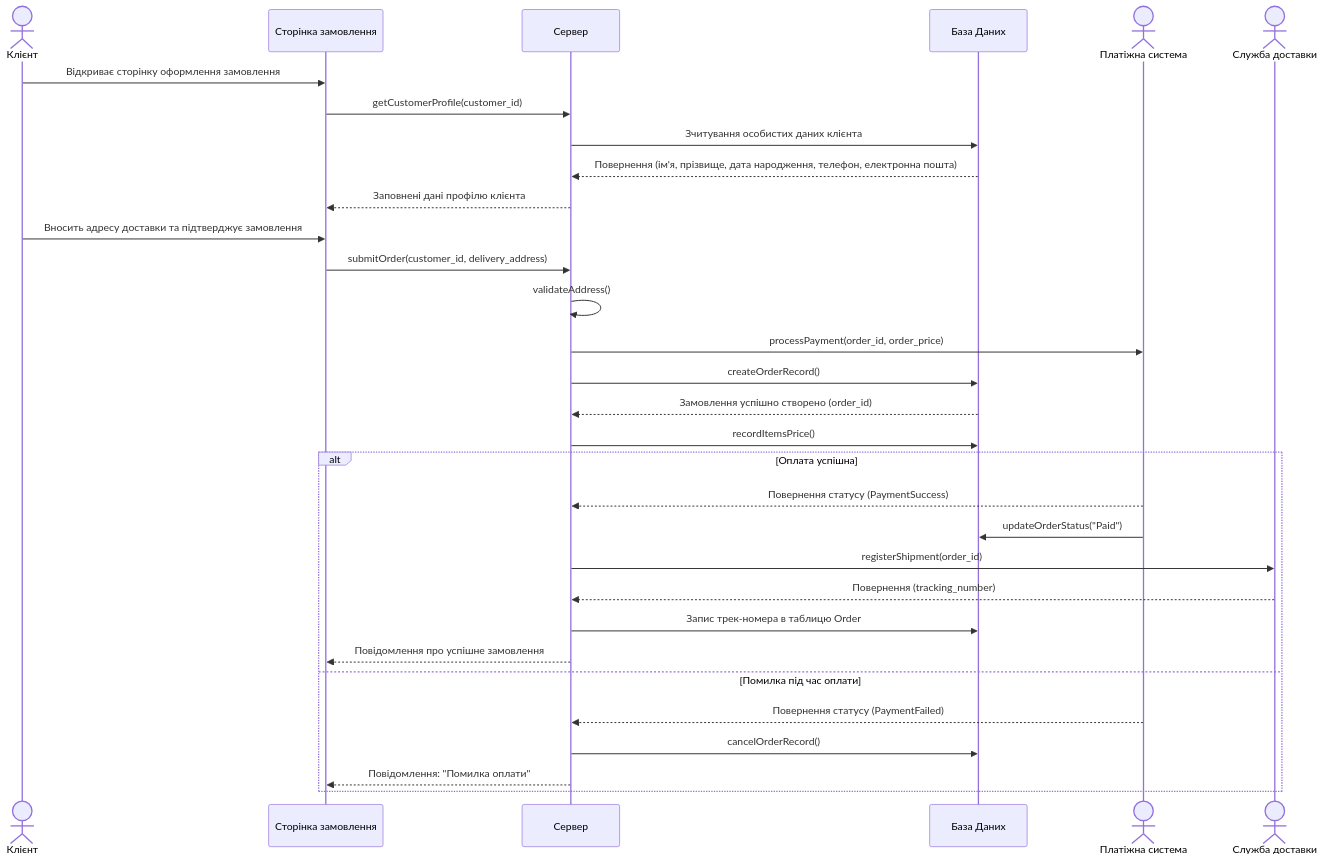
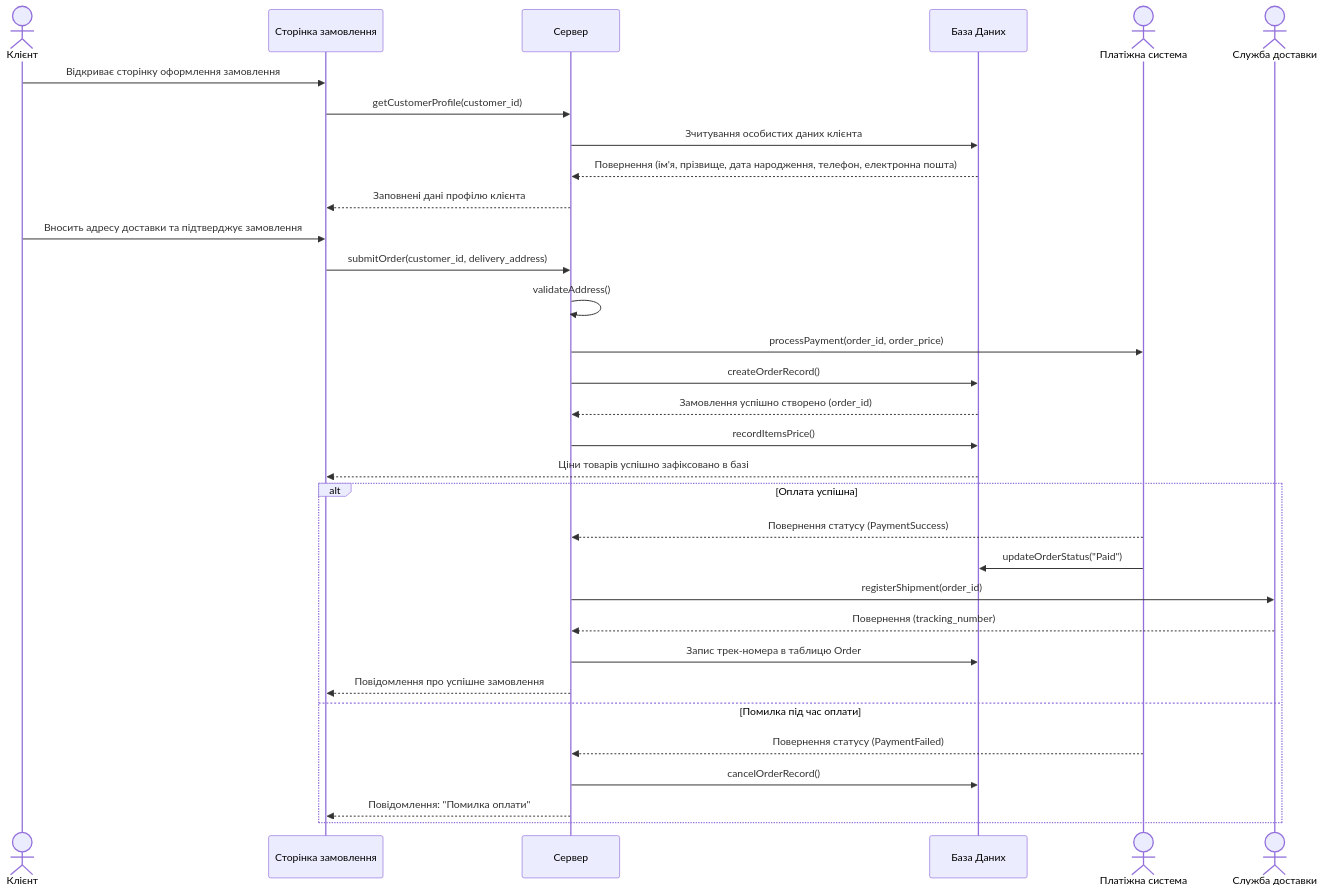
The diagram in sequence.md (sofiisunn/KPI), drawn with Mermaid before and after one commit.

Commit message:
Add confirmation for item prices recorded in database
Added a message indicating successful recording of item prices in the database.

````diff
--- a/sequence.md
+++ b/sequence.md
@@ -1,40 +1,41 @@
 ```mermaid
 sequenceDiagram
     actor Customer as Клієнт
     participant CheckoutPage as Сторінка замовлення
     participant OrderController as Сервер
     participant Database as База Даних
     actor PaymentService as Платіжна система
     actor DeliveryService as Служба доставки 
 
     Customer->>CheckoutPage: Відкриває сторінку оформлення замовлення
     CheckoutPage->>OrderController: getCustomerProfile(customer_id)
     OrderController->>Database: Зчитування особистих даних клієнта
     Database-->>OrderController: Повернення (ім'я, прізвище, дата народження, телефон, електронна пошта)
     OrderController-->>CheckoutPage: Заповнені дані профілю клієнта
 
     Customer->>CheckoutPage: Вносить адресу доставки та підтверджує замовлення
     CheckoutPage->>OrderController: submitOrder(customer_id, delivery_address)
     
     OrderController->>OrderController: validateAddress()
     OrderController->>PaymentService: processPayment(order_id, order_price)
     
     OrderController->>Database: createOrderRecord()
     Database-->>OrderController: Замовлення успішно створено (order_id)
     OrderController->>Database: recordItemsPrice()
+    Database-->>CheckoutPage: Ціни товарів успішно зафіксовано в базі
 
     alt Оплата успішна
         PaymentService-->>OrderController: Повернення статусу (PaymentSuccess)
         PaymentService->>Database: updateOrderStatus("Paid")
         
         OrderController->>DeliveryService: registerShipment(order_id)
         DeliveryService-->>OrderController: Повернення (tracking_number)
         OrderController->>Database: Запис трек-номера в таблицю Order
         OrderController-->>CheckoutPage: Повідомлення про успішне замовлення
 
     else Помилка під час оплати
         PaymentService-->>OrderController: Повернення статусу (PaymentFailed)
         OrderController->>Database: cancelOrderRecord()
         OrderController-->>CheckoutPage: Повідомлення: "Помилка оплати"
     end
 ```
````
